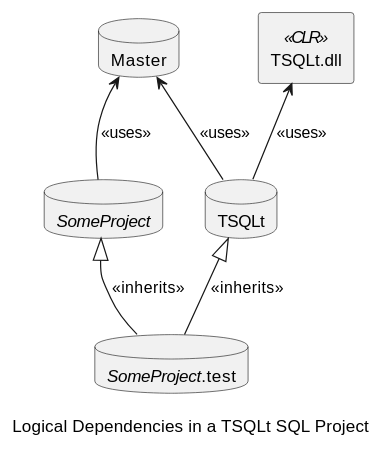
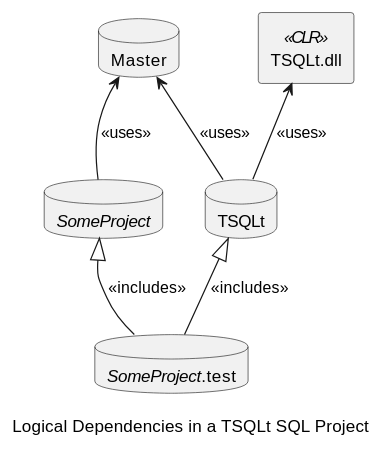
One commit to Rogue-Archivists/TSQLtTools changed the third of 5 diagrams in README.md. Above: the diagram before and after it, drawn with PlantUML. The commit also changed other lines of this file and 4 other files, not shown here.

````diff
--- a/README.md
+++ b/README.md
@@ -126,17 +123,17 @@
 ```plantuml
     database TSQLt as tsqlt
     database "Master" as sys
     database "//SomeProject//" as proj
 
     database "//SomeProject//.test" as test
     rectangle "TSQLt.dll" <<CLR>> as clr
 
     clr <-- tsqlt : <<uses>>
     sys <-- tsqlt: <<uses>>
 
     sys <-- proj: <<uses>>
 
-    proj <|-- test: <<inherits>>
-    tsqlt <|--  test: <<inherits>>
+    proj <|-- test: <<includes>>
+    tsqlt <|--  test: <<includes>>
 caption: Logical Dependencies in a TSQLt SQL Project
 ```
````
